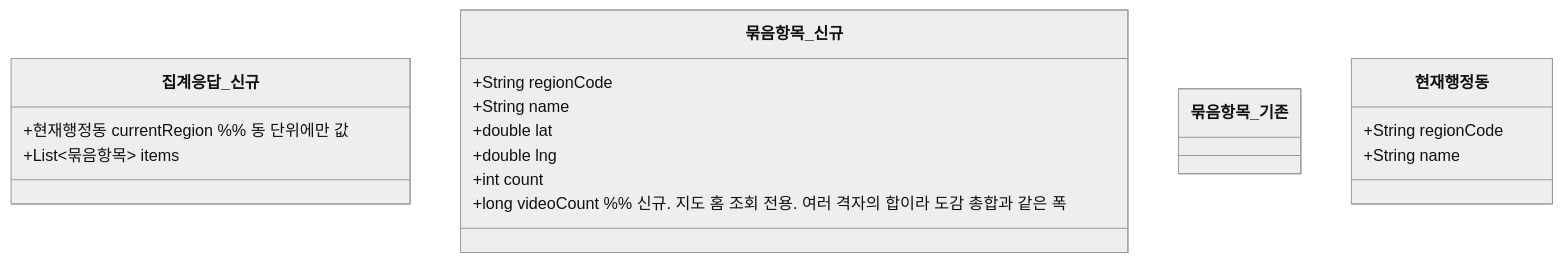
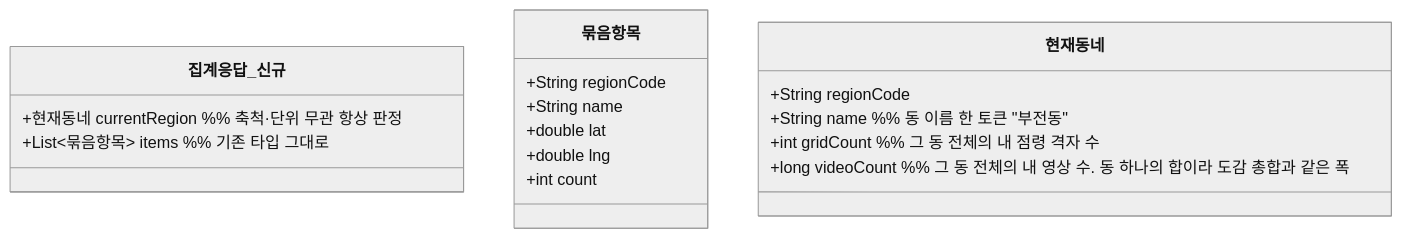
The second of 2 diagrams in docs/prd/MSG-374-prd.md (ASM-MSG/BE), drawn with Mermaid (neutral theme) before and after one commit. The commit also changed other lines of this file and 3 other files, not shown here.

````diff
--- a/docs/prd/MSG-374-prd.md
+++ b/docs/prd/MSG-374-prd.md
@@ -69,22 +72,21 @@
 ```mermaid
 classDiagram
     class 집계응답_신규 {
-        +현재행정동 currentRegion  %% 동 단위에만 값
-        +List~묶음항목~ items
+        +현재동네 currentRegion  %% 축척·단위 무관 항상 판정
+        +List~묶음항목~ items    %% 기존 타입 그대로
     }
-    class 묶음항목_신규 {
+    class 묶음항목 {
         +String regionCode
         +String name
         +double lat
         +double lng
         +int count
-        +long videoCount  %% 신규. 지도 홈 조회 전용. 여러 격자의 합이라 도감 총합과 같은 폭
+        %% 변경 없음. 마커는 격자 수만 표시한다
     }
-    class 묶음항목_기존 {
-        %% 친구 집계가 계속 쓰는 응답 타입(RegionAggregateResponseDto). 필드 불변
-    }
-    class 현재행정동 {
+    class 현재동네 {
         +String regionCode
-        +String name
+        +String name       %% 동 이름 한 토큰 "부전동"
+        +int gridCount     %% 그 동 전체의 내 점령 격자 수
+        +long videoCount   %% 그 동 전체의 내 영상 수. 동 하나의 합이라 도감 총합과 같은 폭
     }
 ```
````
